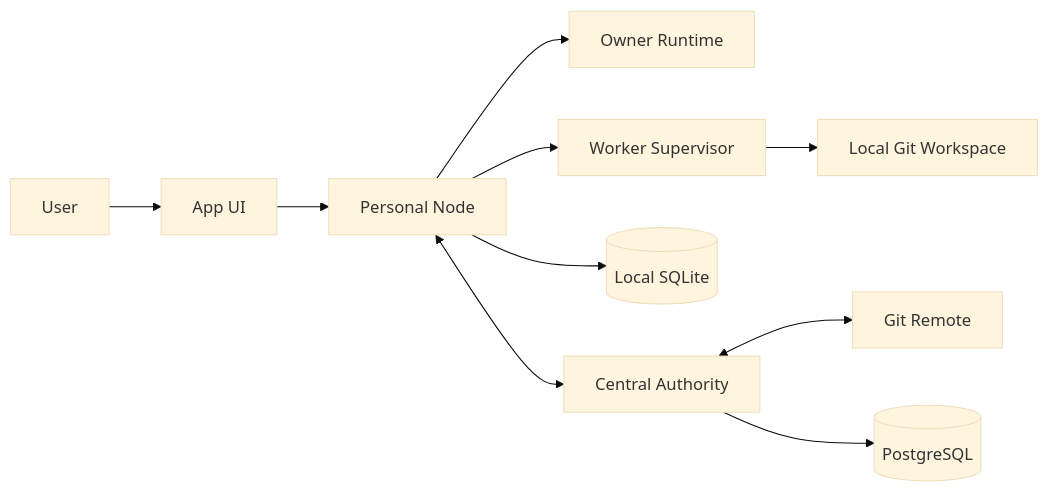
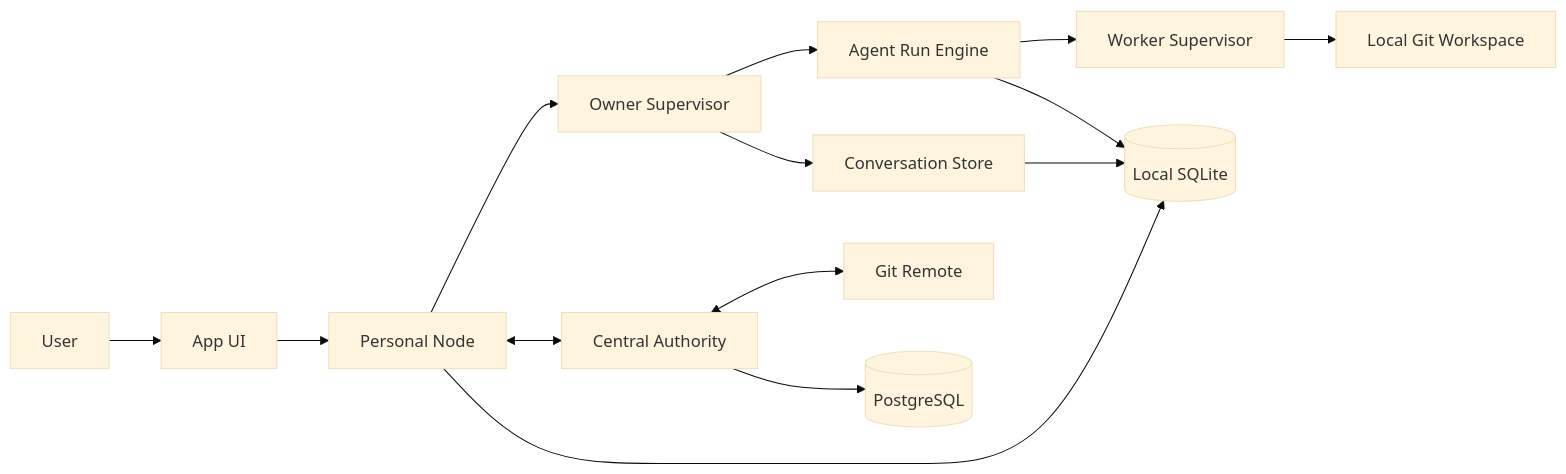
The second of 2 diagrams in 02 Architecture/System Context.md (powerpunch080403/ai-development-platform-design), drawn with Mermaid (base theme) before and after one commit. The commit also changed other lines of this file and 12 other files, not shown here.

Commit message:
docs: define owner runtime agent run model

````diff
--- a/02 Architecture/System Context.md
+++ b/02 Architecture/System Context.md
@@ -21,12 +28,16 @@
 ```mermaid
 flowchart LR
     User[User] --> UI[App UI]
     UI --> Node[Personal Node]
-    Node --> Owner[Owner Runtime]
-    Node --> Supervisor[Worker Supervisor]
+    Node --> OwnerSupervisor[Owner Supervisor]
+    OwnerSupervisor --> ConversationStore[Conversation Store]
+    OwnerSupervisor --> RunEngine[Agent Run Engine]
+    RunEngine --> Supervisor[Worker Supervisor]
     Supervisor --> Workspace[Local Git Workspace]
-    Node --> SQLite[(Local SQLite)]
+    Node --> LocalSQLite[(Local SQLite)]
+    ConversationStore --> LocalSQLite
+    RunEngine --> LocalSQLite
     Node <--> Authority[Central Authority]
     Authority <--> Git[Git Remote]
     Authority --> PG[(PostgreSQL)]
 ```
````
